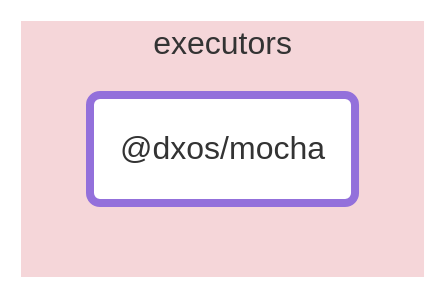
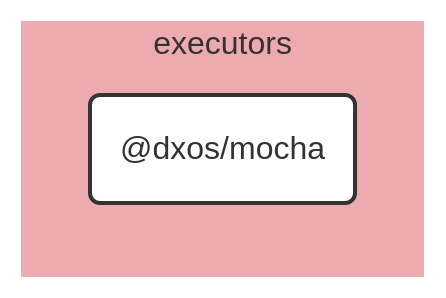
The diagram in tools/executors/mocha/docs/README.md (dxos/dxos), drawn with Mermaid before and after one commit. The commit also changed 100 other files, not shown here.

````diff
--- a/tools/executors/mocha/docs/README.md
+++ b/tools/executors/mocha/docs/README.md
@@ -7,12 +7,25 @@
 ```mermaid
-flowchart LR;
+%%{ init: {'flowchart':{'curve':'basis'}} }%%
 
-style dxos/mocha fill:#fff,stroke-width:4px;
+flowchart LR
+
+%% Links
+
+%% Sections
+subgraph executors
+  style executors fill:#edabb0,stroke:#fff;
+
+  dxos/mocha("@dxos/mocha")
+end
 
 
-subgraph executors
-  style executors fill:#f5d6d9,stroke:#fff;
-  dxos/mocha("@dxos/mocha");
-end
+%% Hyperlinks
+
+%% Styles
+classDef rootNode fill:#fff,stroke:#333,stroke-width:2px
+classDef defaultNode fill:#fff,stroke:#333,stroke-width:1px
+linkStyle default stroke:#333,stroke-width:1px
+
+dxos/mocha:::rootNode
 
 ```
````
